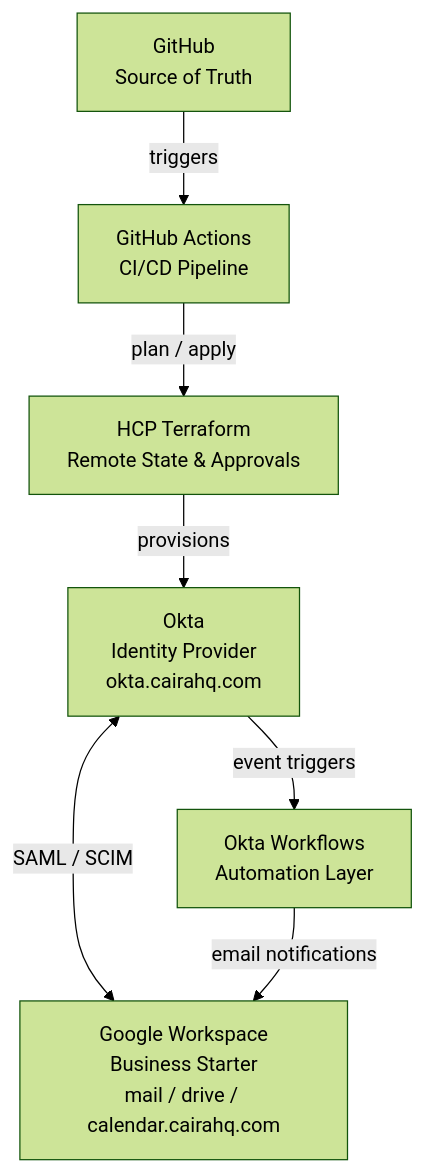
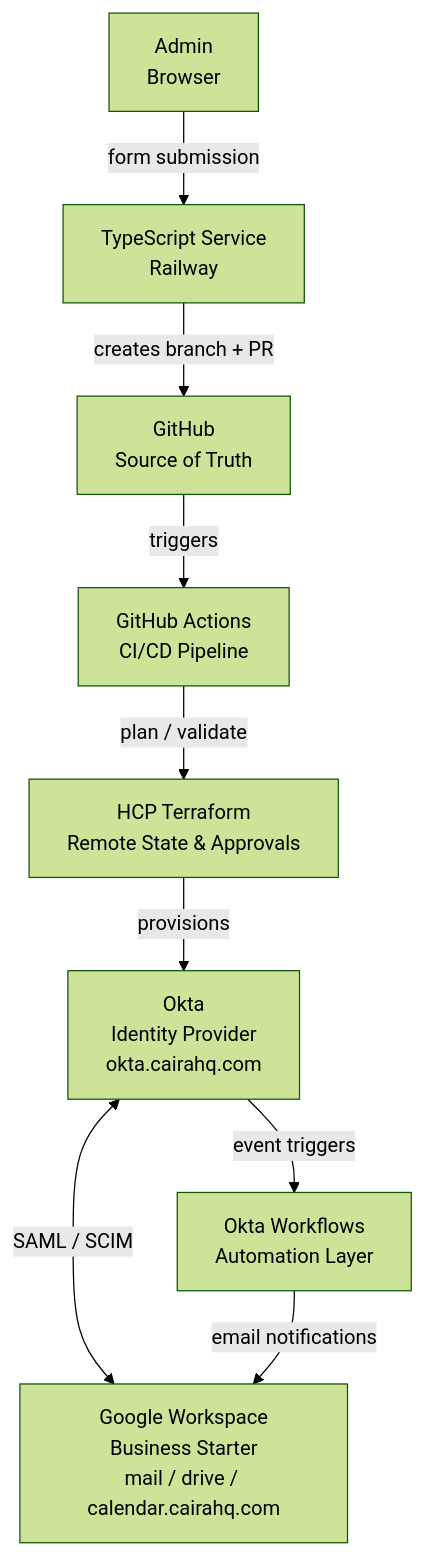
The diagram in README.md (neilchvz/cairahq-platform), drawn with Mermaid (forest theme) before and after one commit. The commit also changed other lines of this file and 4 other files, not shown here.

Commit message:
docs: update READMEs to reflect TypeScript service and Railway deployment

````diff
--- a/README.md
+++ b/README.md
@@ -19,10 +19,12 @@
 ```mermaid
 graph TD
-    GH["GitHub\nSource of Truth"]
+    Admin["Admin\nBrowser"]
+    Admin -->|"form submission"| TS["TypeScript Service\nRailway"]
+    TS -->|"creates branch + PR"| GH["GitHub\nSource of Truth"]
     GH -->|triggers| GHA["GitHub Actions\nCI/CD Pipeline"]
-    GHA -->|"plan / apply"| HCP["HCP Terraform\nRemote State & Approvals"]
+    GHA -->|"plan / validate"| HCP["HCP Terraform\nRemote State & Approvals"]
     HCP -->|provisions| Okta["Okta\nIdentity Provider\nokta.cairahq.com"]
     Okta <-->|"SAML / SCIM"| GW["Google Workspace\nBusiness Starter\nmail / drive / calendar.cairahq.com"]
     Okta -->|"event triggers"| OW["Okta Workflows\nAutomation Layer"]
     OW -->|"email notifications"| GW
 ```
````
